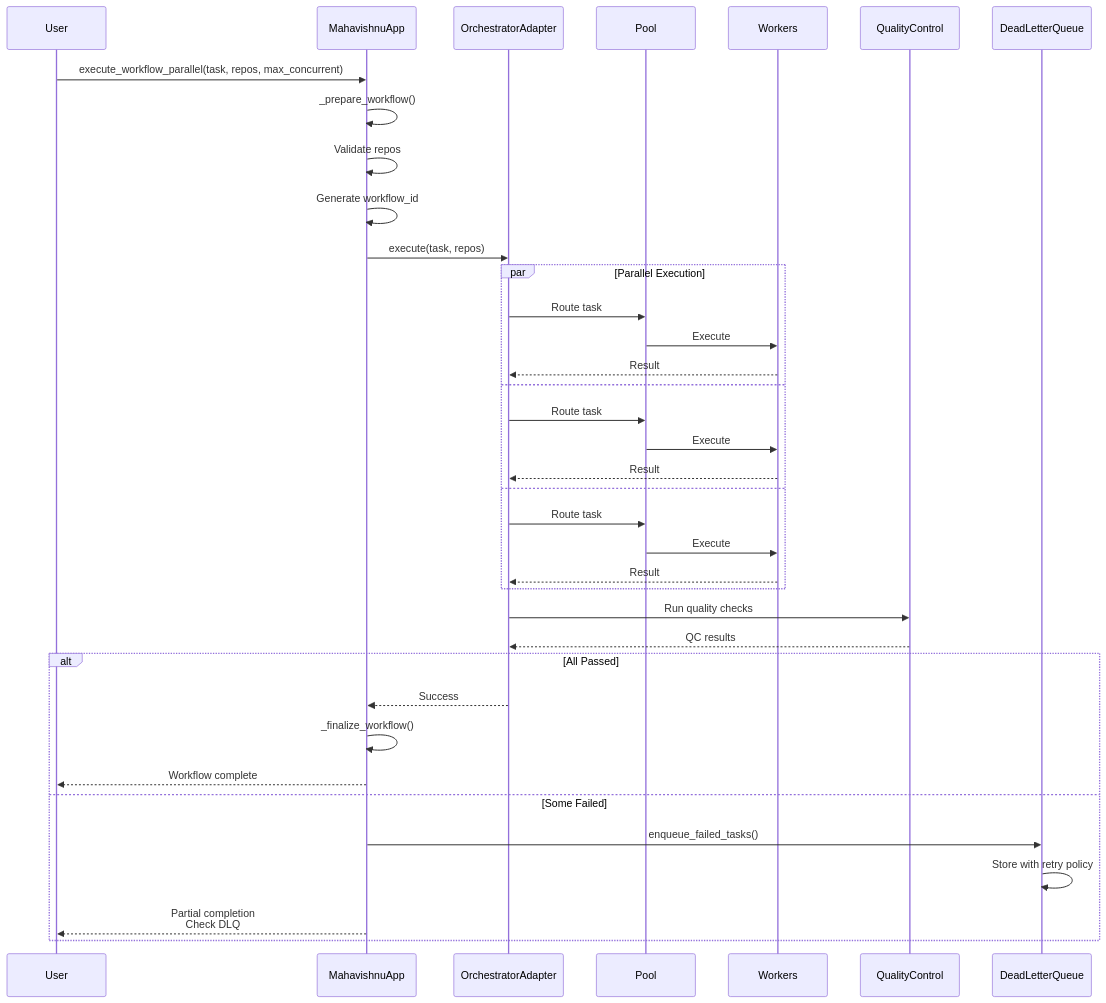
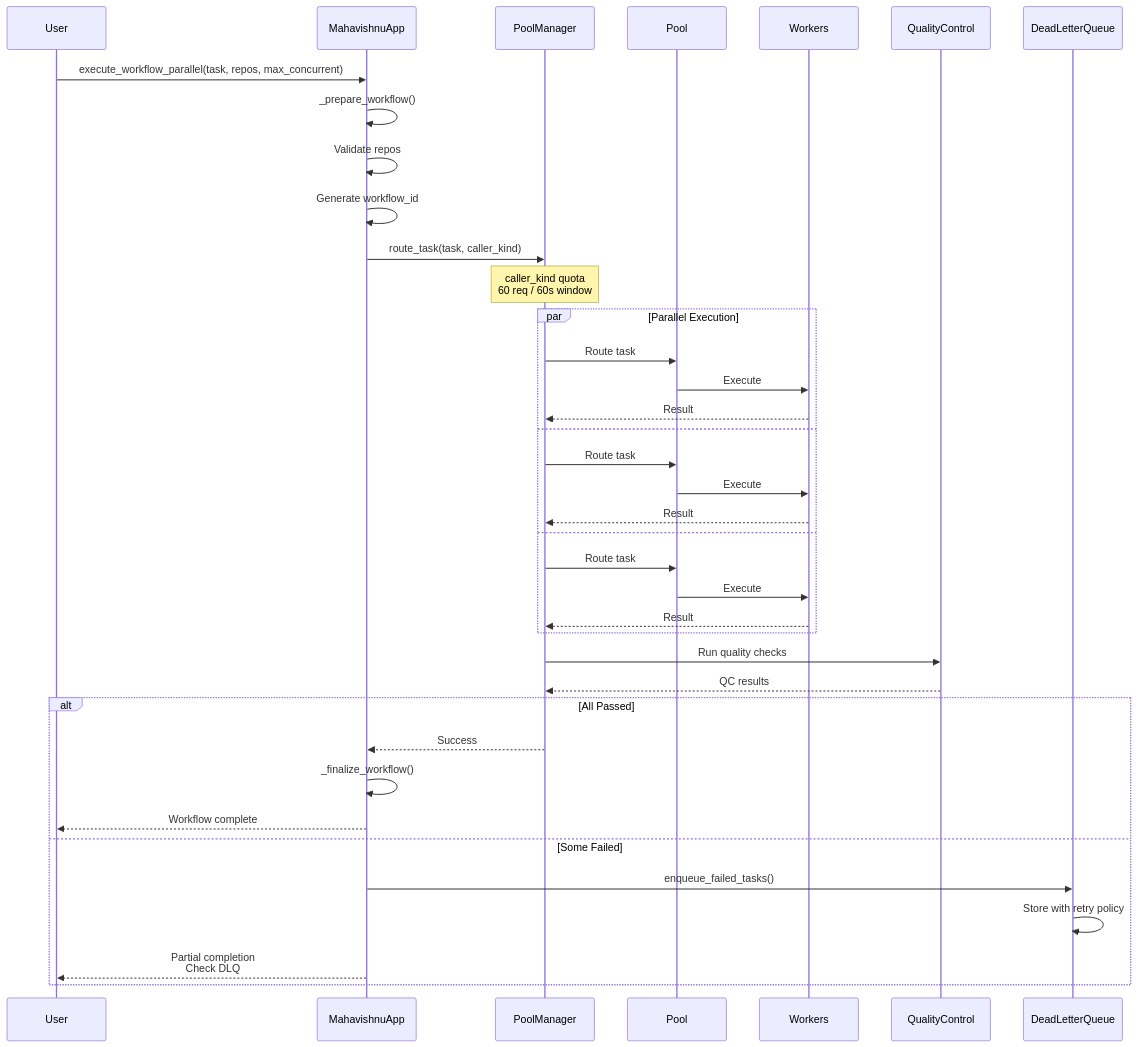
The eighth of 24 diagrams in docs/VISUAL_GUIDE.md (lesleslie/mahavishnu), drawn with Mermaid before and after one commit. The commit also changed other lines of this file, not shown here.

Commit message:
fix(mahavishnu): replace PoolManager routing and caller_kind in adapter diagrams

````diff
--- a/docs/VISUAL_GUIDE.md
+++ b/docs/VISUAL_GUIDE.md
@@ -412,45 +412,47 @@
 ```mermaid
 sequenceDiagram
     participant User as User
     participant App as MahavishnuApp
-    participant Adapter as OrchestratorAdapter
+    participant PoolMgr as PoolManager
     participant Pool as Pool
     participant Workers as Workers
     participant QC as QualityControl
     participant DLQ as DeadLetterQueue
 
     User->>App: execute_workflow_parallel(task, repos, max_concurrent)
 
     App->>App: _prepare_workflow()
     App->>App: Validate repos
     App->>App: Generate workflow_id
 
-    App->>Adapter: execute(task, repos)
+    App->>PoolMgr: route_task(task, caller_kind)
+
+    Note over PoolMgr: caller_kind quota<br/>60 req / 60s window
 
     par Parallel Execution
-        Adapter->>Pool: Route task
+        PoolMgr->>Pool: Route task
         Pool->>Workers: Execute
-        Workers-->>Adapter: Result
+        Workers-->>PoolMgr: Result
     and
-        Adapter->>Pool: Route task
+        PoolMgr->>Pool: Route task
         Pool->>Workers: Execute
-        Workers-->>Adapter: Result
+        Workers-->>PoolMgr: Result
     and
-        Adapter->>Pool: Route task
+        PoolMgr->>Pool: Route task
         Pool->>Workers: Execute
-        Workers-->>Adapter: Result
+        Workers-->>PoolMgr: Result
     end
 
-    Adapter->>QC: Run quality checks
-    QC-->>Adapter: QC results
+    PoolMgr->>QC: Run quality checks
+    QC-->>PoolMgr: QC results
 
     alt All Passed
-        Adapter-->>App: Success
+        PoolMgr-->>App: Success
         App->>App: _finalize_workflow()
         App-->>User: Workflow complete
     else Some Failed
         App->>DLQ: enqueue_failed_tasks()
         DLQ->>DLQ: Store with retry policy
         App-->>User: Partial completion<br/>Check DLQ
     end
 ```
````
